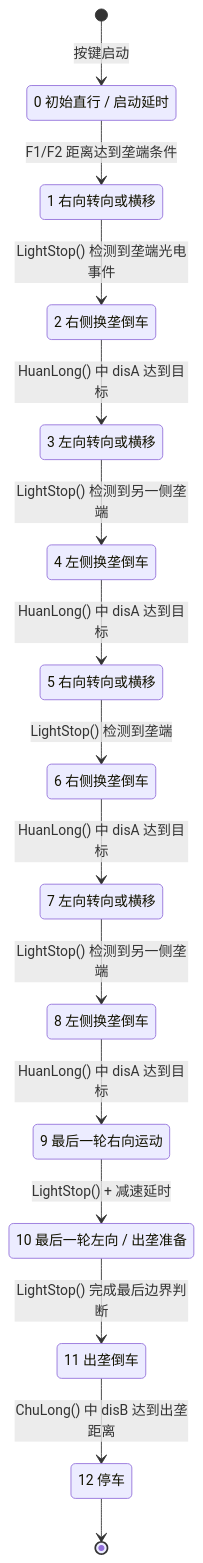
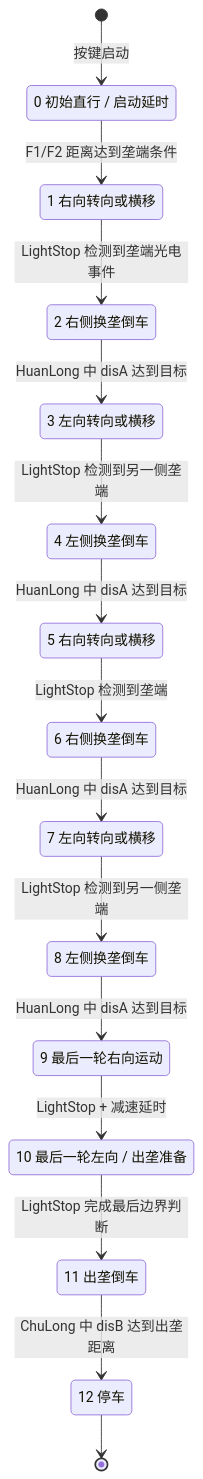
One commit to WangBaren02/Cotton-Variable-Seeding-Robot changed the third of 3 diagrams in README.md. Above: the diagram before and after it, drawn with Mermaid. The commit also changed other lines of this file, not shown here.

Commit message:
debug README

````diff
--- a/README.md
+++ b/README.md
@@ -144,32 +144,32 @@
 ```mermaid
 stateDiagram-v2
     [*] --> S0: 按键启动
 
     S0: 0 初始直行 / 启动延时
     S1: 1 右向转向或横移
     S2: 2 右侧换垄倒车
     S3: 3 左向转向或横移
     S4: 4 左侧换垄倒车
     S5: 5 右向转向或横移
     S6: 6 右侧换垄倒车
     S7: 7 左向转向或横移
     S8: 8 左侧换垄倒车
     S9: 9 最后一轮右向运动
     S10: 10 最后一轮左向 / 出垄准备
     S11: 11 出垄倒车
     S12: 12 停车
 
     S0 --> S1: F1/F2 距离达到垄端条件
-    S1 --> S2: LightStop() 检测到垄端光电事件
-    S2 --> S3: HuanLong() 中 disA 达到目标
-    S3 --> S4: LightStop() 检测到另一侧垄端
-    S4 --> S5: HuanLong() 中 disA 达到目标
-    S5 --> S6: LightStop() 检测到垄端
-    S6 --> S7: HuanLong() 中 disA 达到目标
-    S7 --> S8: LightStop() 检测到另一侧垄端
-    S8 --> S9: HuanLong() 中 disA 达到目标
-    S9 --> S10: LightStop() + 减速延时
-    S10 --> S11: LightStop() 完成最后边界判断
-    S11 --> S12: ChuLong() 中 disB 达到出垄距离
+    S1 --> S2: LightStop 检测到垄端光电事件
+    S2 --> S3: HuanLong 中 disA 达到目标
+    S3 --> S4: LightStop 检测到另一侧垄端
+    S4 --> S5: HuanLong 中 disA 达到目标
+    S5 --> S6: LightStop 检测到垄端
+    S6 --> S7: HuanLong 中 disA 达到目标
+    S7 --> S8: LightStop 检测到另一侧垄端
+    S8 --> S9: HuanLong 中 disA 达到目标
+    S9 --> S10: LightStop + 减速延时
+    S10 --> S11: LightStop 完成最后边界判断
+    S11 --> S12: ChuLong 中 disB 达到出垄距离
     S12 --> [*]
 ```
````
